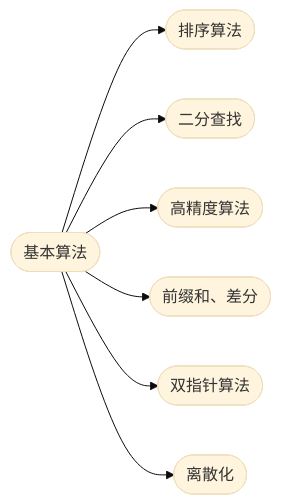
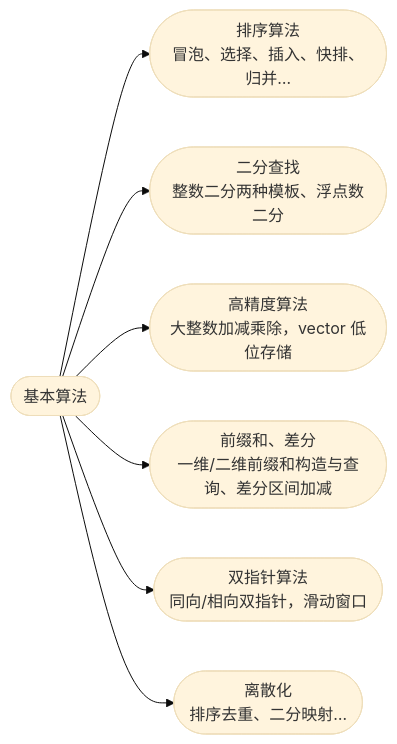
The diagram in 2-基本算法/index.md (cuberxl/Coders-Note), drawn with Mermaid (base theme) before and after one commit. The commit also changed 16 other files, not shown here.

````diff
--- a/2-基本算法/index.md
+++ b/2-基本算法/index.md
@@ -26,10 +26,10 @@
 ```mermaid
 flowchart LR
     R(["基本算法"])
-    R --> N1(["排序算法"])
-    R --> N2(["二分查找"])
-    R --> N3(["高精度算法"])
-    R --> N4(["前缀和、差分"])
-    R --> N5(["双指针算法"])
-    R --> N6(["离散化"])
+    R --> N1(["排序算法<br/>冒泡、选择、插入、快排、归并…"])
+    R --> N2(["二分查找<br/>整数二分两种模板、浮点数二分"])
+    R --> N3(["高精度算法<br/>大整数加减乘除，vector 低位存储"])
+    R --> N4(["前缀和、差分<br/>一维/二维前缀和构造与查询、差分区间加减"])
+    R --> N5(["双指针算法<br/>同向/相向双指针，滑动窗口"])
+    R --> N6(["离散化<br/>排序去重、二分映射…"])
 ```
````
